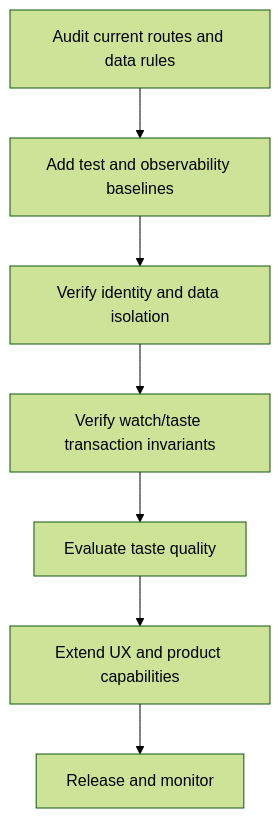
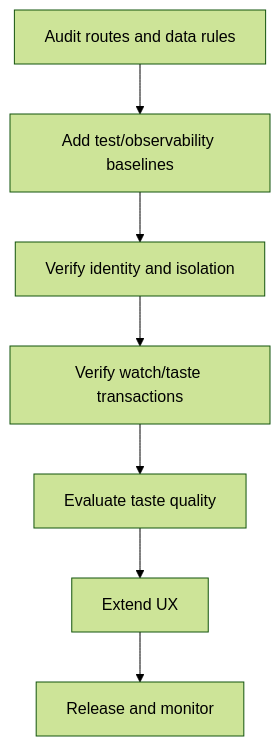
Before and after one commit to Shreyas-patil07/Dex: the diagram in docs/07_Implementation.md, drawn with Mermaid (forest theme). The commit also changed other lines of this file and 20 other files, not shown here.

````diff
--- a/docs/07_Implementation.md
+++ b/docs/07_Implementation.md
@@ -24,9 +24,9 @@
 ```mermaid
 flowchart TD
-    A[Audit current routes and data rules] --> B[Add test and observability baselines]
-    B --> C[Verify identity and data isolation]
-    C --> D[Verify watch/taste transaction invariants]
+    A[Audit routes and data rules] --> B[Add test/observability baselines]
+    B --> C[Verify identity and isolation]
+    C --> D[Verify watch/taste transactions]
     D --> E[Evaluate taste quality]
-    E --> F[Extend UX and product capabilities]
+    E --> F[Extend UX]
     F --> G[Release and monitor]
 ```
````
